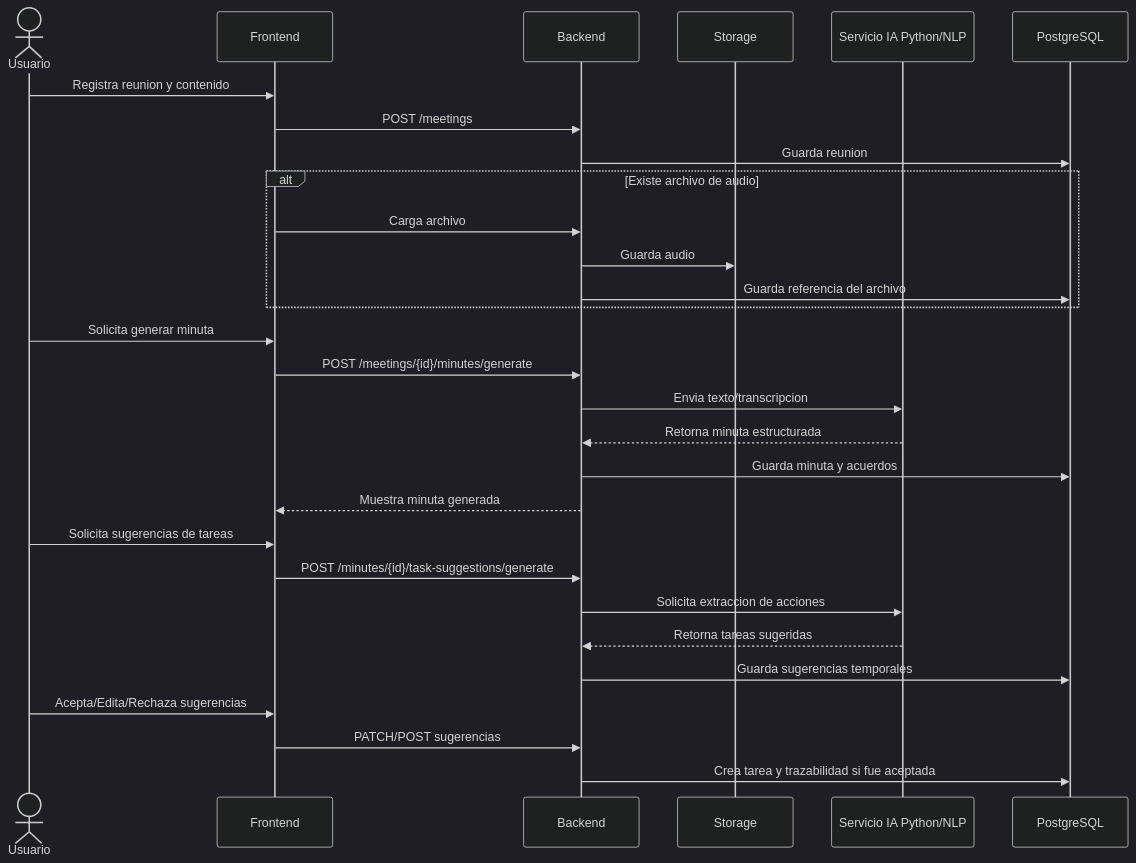
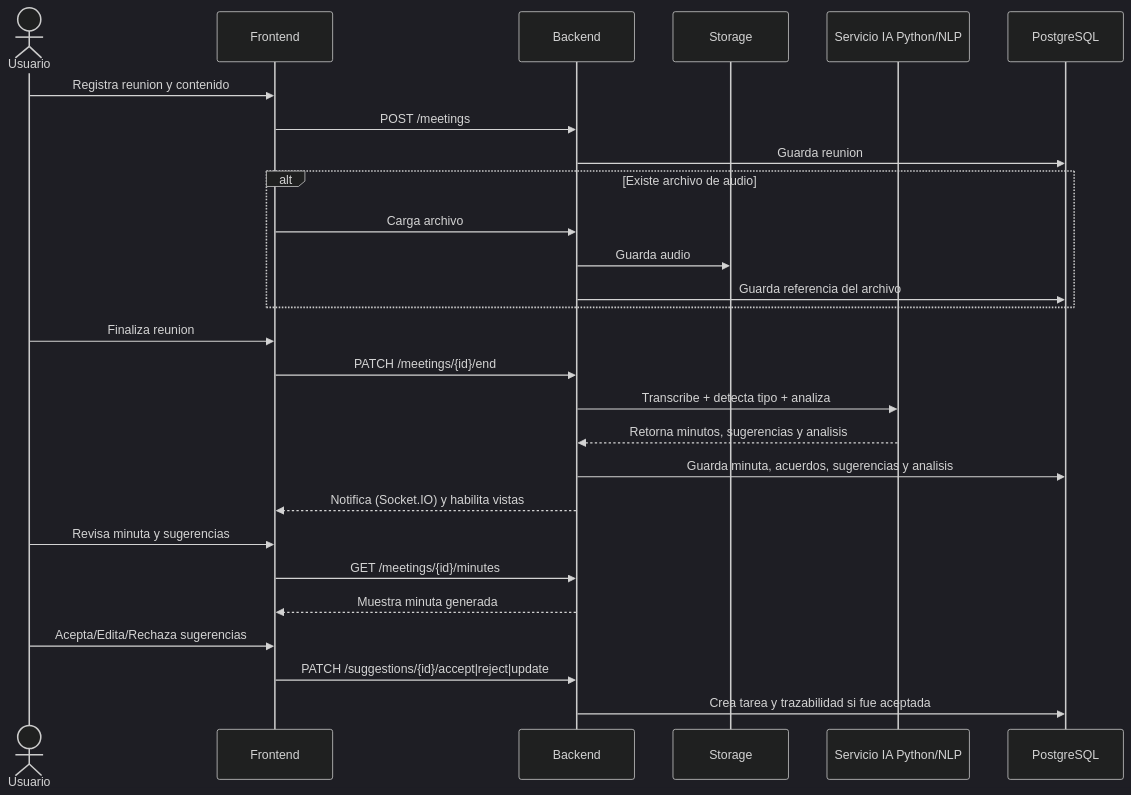
Before and after one commit to Task-Manager-with-AI/task_manager_back: the second of 5 diagrams in docs/sprint-2/sprint_2.md, drawn with Mermaid (dark theme). The commit also changed other lines of this file and 18 other files, not shown here.

````diff
--- a/docs/sprint-2/sprint_2.md
+++ b/docs/sprint-2/sprint_2.md
@@ -297,32 +293,30 @@
 ```mermaid
 sequenceDiagram
     actor Usuario
     participant Frontend
     participant Backend
     participant Storage
     participant IA as Servicio IA Python/NLP
     participant DB as PostgreSQL
 
     Usuario->>Frontend: Registra reunion y contenido
     Frontend->>Backend: POST /meetings
     Backend->>DB: Guarda reunion
     alt Existe archivo de audio
         Frontend->>Backend: Carga archivo
         Backend->>Storage: Guarda audio
         Backend->>DB: Guarda referencia del archivo
     end
-    Usuario->>Frontend: Solicita generar minuta
-    Frontend->>Backend: POST /meetings/{id}/minutes/generate
-    Backend->>IA: Envia texto/transcripcion
-    IA-->>Backend: Retorna minuta estructurada
-    Backend->>DB: Guarda minuta y acuerdos
+    Usuario->>Frontend: Finaliza reunion
+    Frontend->>Backend: PATCH /meetings/{id}/end
+    Backend->>IA: Transcribe + detecta tipo + analiza
+    IA-->>Backend: Retorna minutos, sugerencias y analisis
+    Backend->>DB: Guarda minuta, acuerdos, sugerencias y analisis
+    Backend-->>Frontend: Notifica (Socket.IO) y habilita vistas
+    Usuario->>Frontend: Revisa minuta y sugerencias
+    Frontend->>Backend: GET /meetings/{id}/minutes
     Backend-->>Frontend: Muestra minuta generada
-    Usuario->>Frontend: Solicita sugerencias de tareas
-    Frontend->>Backend: POST /minutes/{id}/task-suggestions/generate
-    Backend->>IA: Solicita extraccion de acciones
-    IA-->>Backend: Retorna tareas sugeridas
-    Backend->>DB: Guarda sugerencias temporales
     Usuario->>Frontend: Acepta/Edita/Rechaza sugerencias
-    Frontend->>Backend: PATCH/POST sugerencias
+    Frontend->>Backend: PATCH /suggestions/{id}/accept|reject|update
     Backend->>DB: Crea tarea y trazabilidad si fue aceptada
 ```
````
